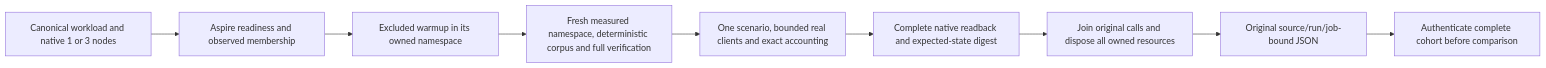
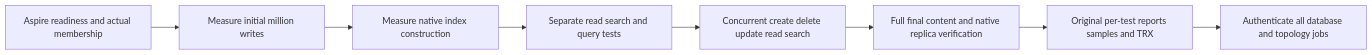
Before and after one commit to managedcode/KeyLoad: the diagram in docs/Features/BenchmarkComparisons/Methodology.md, drawn with Mermaid. The commit also changed other lines of this file and 668 other files, not shown here.

First line of the commit message:
Replace per-cell benchmarks with shared native database sessions

````diff
--- a/docs/Features/BenchmarkComparisons/Methodology.md
+++ b/docs/Features/BenchmarkComparisons/Methodology.md
@@ -17,11 +21,10 @@
 ```mermaid
 flowchart LR
-    plan[Canonical workload and native 1 or 3 nodes] --> ready[Aspire readiness and observed membership]
-    ready --> warmup[Excluded warmup in its owned namespace]
-    warmup --> setup[Fresh measured namespace, deterministic corpus and full verification]
-    setup --> measure[One scenario, bounded real clients and exact accounting]
-    measure --> verify[Complete native readback and expected-state digest]
-    verify --> cleanup[Join original calls and dispose all owned resources]
-    cleanup --> original[Original source/run/job-bound JSON]
-    original --> aggregate[Authenticate complete cohort before comparison]
+    Ready[Aspire readiness and actual membership] --> Load[Measure initial million writes]
+    Load --> Index[Measure native index construction]
+    Index --> Operations[Separate read search and query tests]
+    Operations --> Mixed[Concurrent create delete update read search]
+    Mixed --> Verify[Full final content and native replica verification]
+    Verify --> Original[Original per-test reports samples and TRX]
+    Original --> Aggregate[Authenticate all database and topology jobs]
 ```
````
